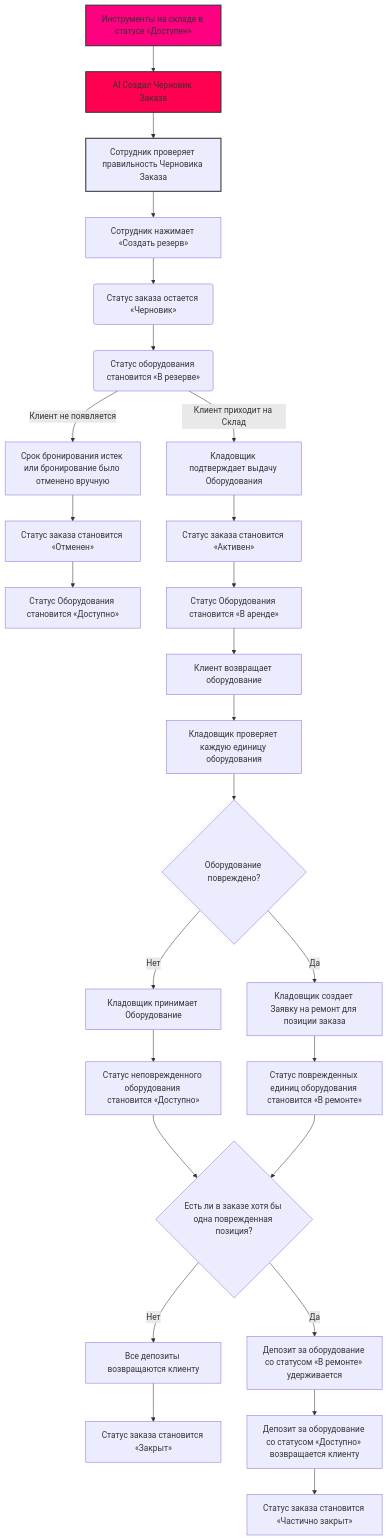
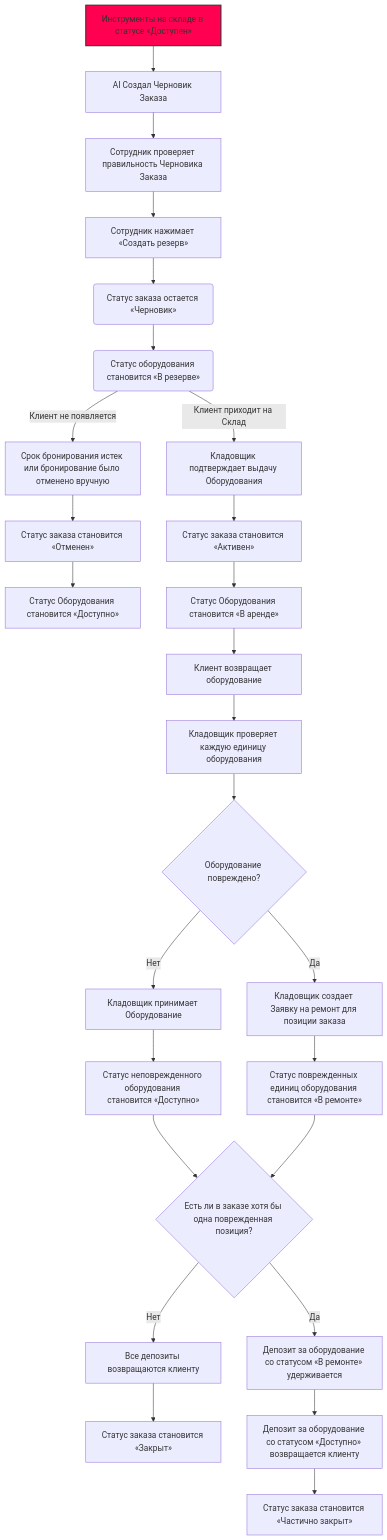
One commit to Diamko94/rentals1 changed the diagram in flowchart4.md. Above: the diagram before and after it, drawn with Mermaid.

````diff
--- a/flowchart4.md
+++ b/flowchart4.md
@@ -1,48 +1,43 @@
 ```mermaid
 flowchart TD
 
  %% Выделение цветом
-    style D0 fill:#ff0080,stroke:#333,stroke-width:2px
-    style D00 fill:#ff0150,stroke:#333,stroke-width:2px
-    style D000 fill:#f9750,stroke:#333,stroke-width:2px
-
-
-  
+    style D0 fill:#ff0150,stroke:#333,stroke-width:2px
 
     %% Подтверждение
     D0[Инструменты на складе в статусе «Доступен»]
     D0 --> D00[AI Создал Черновик Заказа]
     D00 --> D000[Сотрудник проверяет правильность Черновика Заказа]
 
     D000 --> D1[Сотрудник нажимает «Создать резерв»]
     D1 --> B(Статус заказа остается «Черновик»)
     B --> B1(Статус оборудования становится «В резерве»)
 
 
     %% Выдача
     B1 --> |Клиент приходит на Склад| I[Кладовщик подтверждает выдачу Оборудования]
     B1 --> |Клиент не появляется| E[Срок бронирования истек или бронирование было отменено вручную]
     E --> F[Статус заказа становится «Отменен»]
     I --> J[Статус заказа становится «Активен»]
     F --> C[Статус Оборудования становится «Доступно»]
     J --> X[Статус Оборудования становится «В аренде»]
 
     %% Возврат
     X --> K[Клиент возвращает оборудование]
     K --> L[Кладовщик проверяет каждую единицу оборудования]
     L --> M{Оборудование повреждено?}
     
     M --> |Да| P[Кладовщик создает Заявку на ремонт для позиции заказа]
     P --> R[Статус поврежденных единиц оборудования становится «В ремонте»]
     M --> |Нет| P1[Кладовщик принимает Оборудование]
     P1 --> T[Статус неповрежденного оборудования становится «Доступно»]
 
     %% Расчет
     T --> N{Есть ли в заказе хотя бы одна поврежденная позиция?}
     R --> N
     N --> |Нет| Q[Все депозиты возвращаются клиенту]
     Q --> V[Статус заказа становится «Закрыт»]
     N --> |Да| S[Депозит за оборудование со статусом «В ремонте» удерживается]
     S --> U[Депозит за оборудование со статусом «Доступно» возвращается клиенту]
     U --> W[Статус заказа становится «Частично закрыт»]
 ```
````
